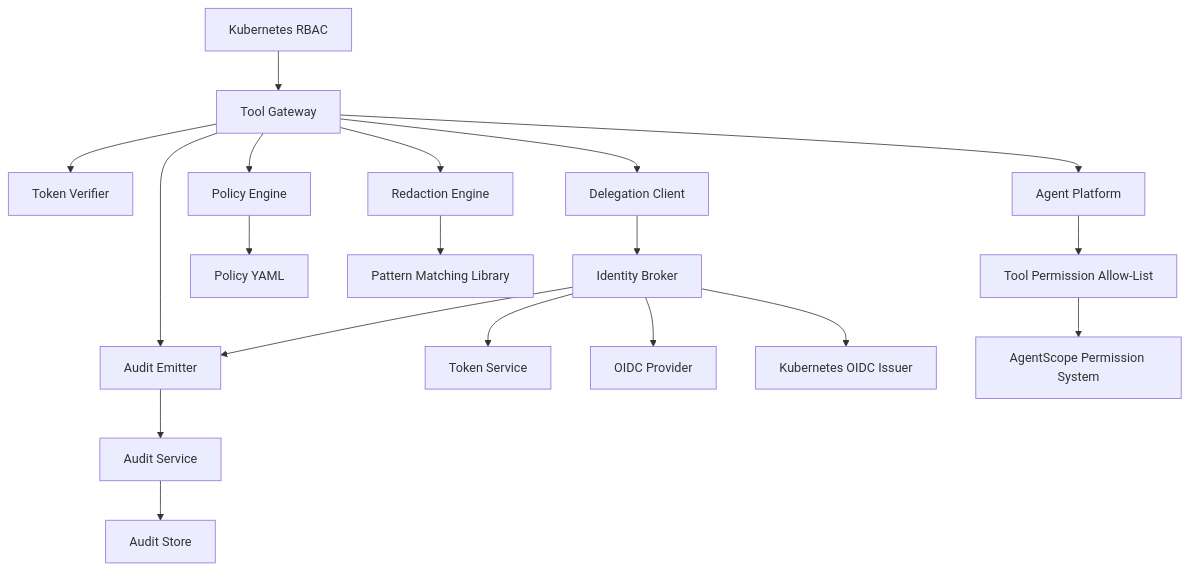
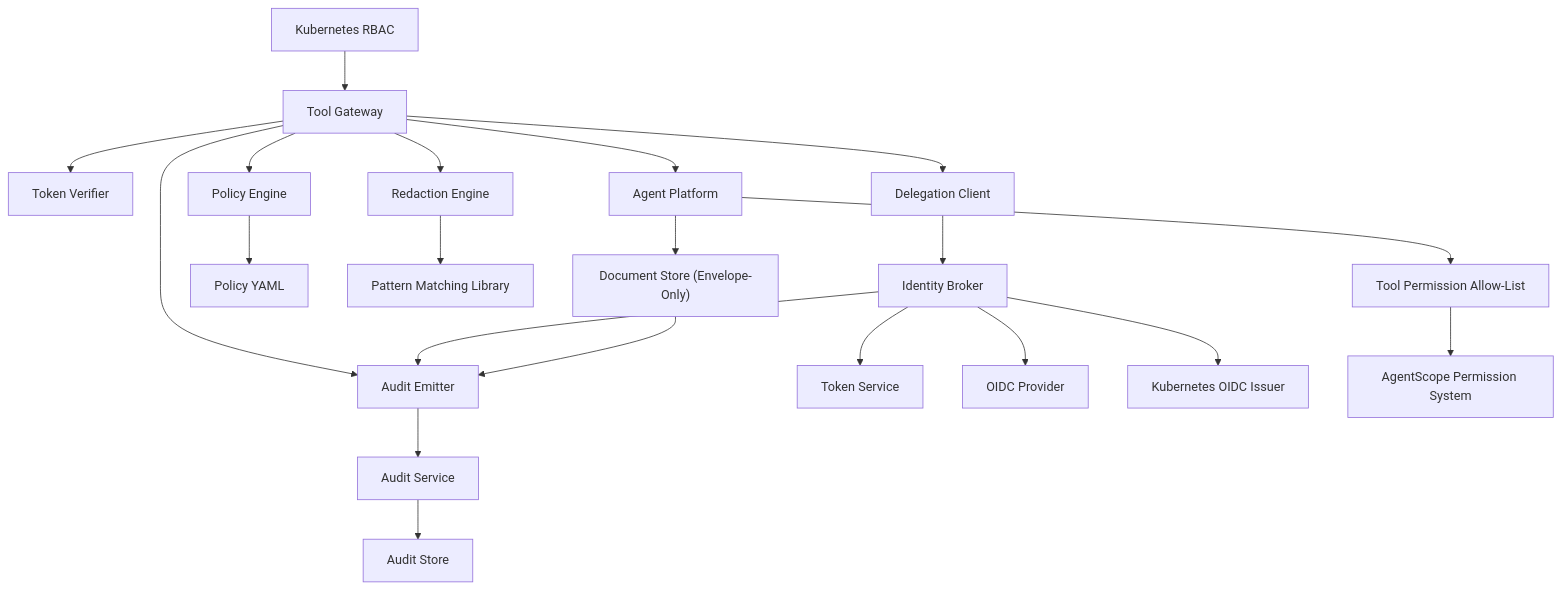
One commit to metasync/luban-aiops changed the tenth of 10 diagrams in .qoder/repowiki/en/content/Security Guide/Security Guide.md. Above: the diagram before and after it, drawn with Mermaid. The commit also changed other lines of this file and 92 other files, not shown here.

````diff
--- a/.qoder/repowiki/en/content/Security Guide/Security Guide.md
+++ b/.qoder/repowiki/en/content/Security Guide/Security Guide.md
@@ -492,21 +536,23 @@
 ```mermaid
 graph TB
 Gateway["Tool Gateway"] --> TokenVerifier["Token Verifier"]
 Gateway --> PolicyEngine["Policy Engine"]
 Gateway --> AgentPlatform["Agent Platform"]
 Gateway --> DelegationClient["Delegation Client"]
 Gateway --> RedactionEngine["Redaction Engine"]
 Gateway --> AuditEmitter["Audit Emitter"]
 IdentityBroker["Identity Broker"] --> TokenService["Token Service"]
 IdentityBroker --> OIDCProvider["OIDC Provider"]
 IdentityBroker --> WorkloadOIDC["Kubernetes OIDC Issuer"]
 IdentityBroker --> AuditEmitter
 PolicyEngine --> PolicyYAML["Policy YAML"]
 RBAC["Kubernetes RBAC"] --> Gateway
 DelegationClient --> IdentityBroker
 RedactionEngine --> PatternMatching["Pattern Matching Library"]
 AgentPlatform --> AllowList["Tool Permission Allow-List"]
+AgentPlatform --> DocStore["Document Store (Envelope-Only)"]
 AllowList --> AgentScope["AgentScope Permission System"]
+DocStore --> AuditEmitter
 AuditEmitter --> AuditService["Audit Service"]
 AuditService --> AuditStore["Audit Store"]
 ```
````
